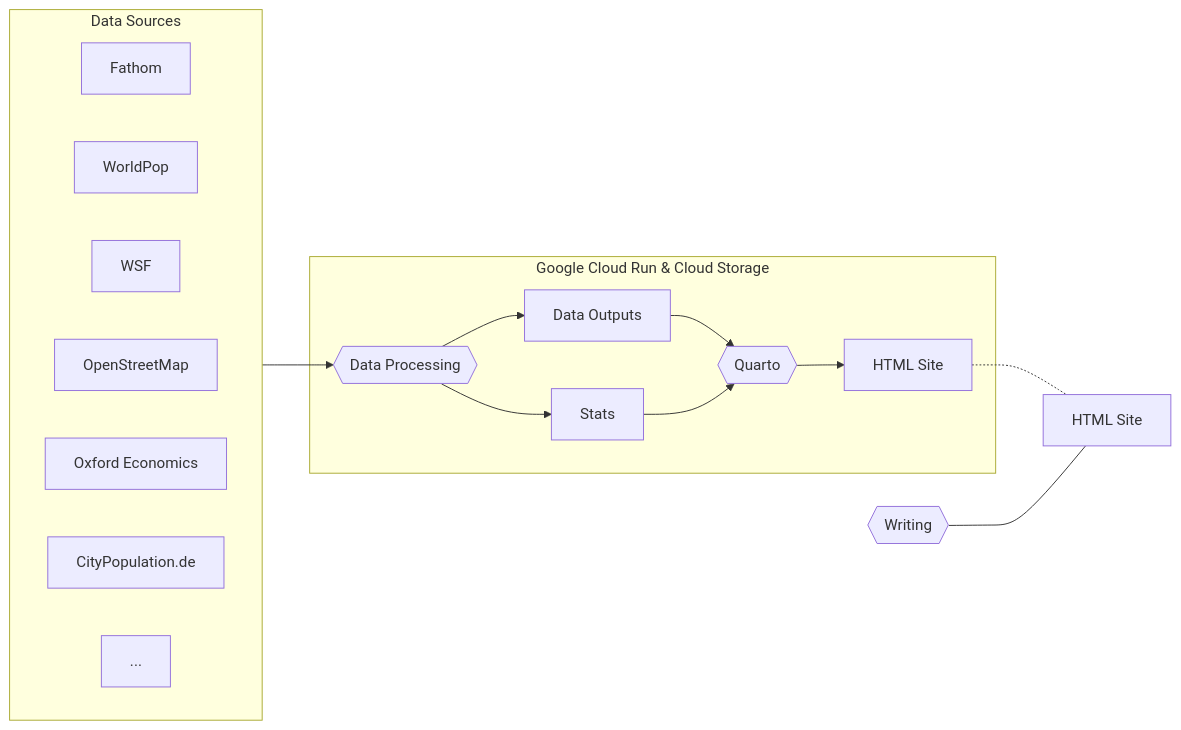
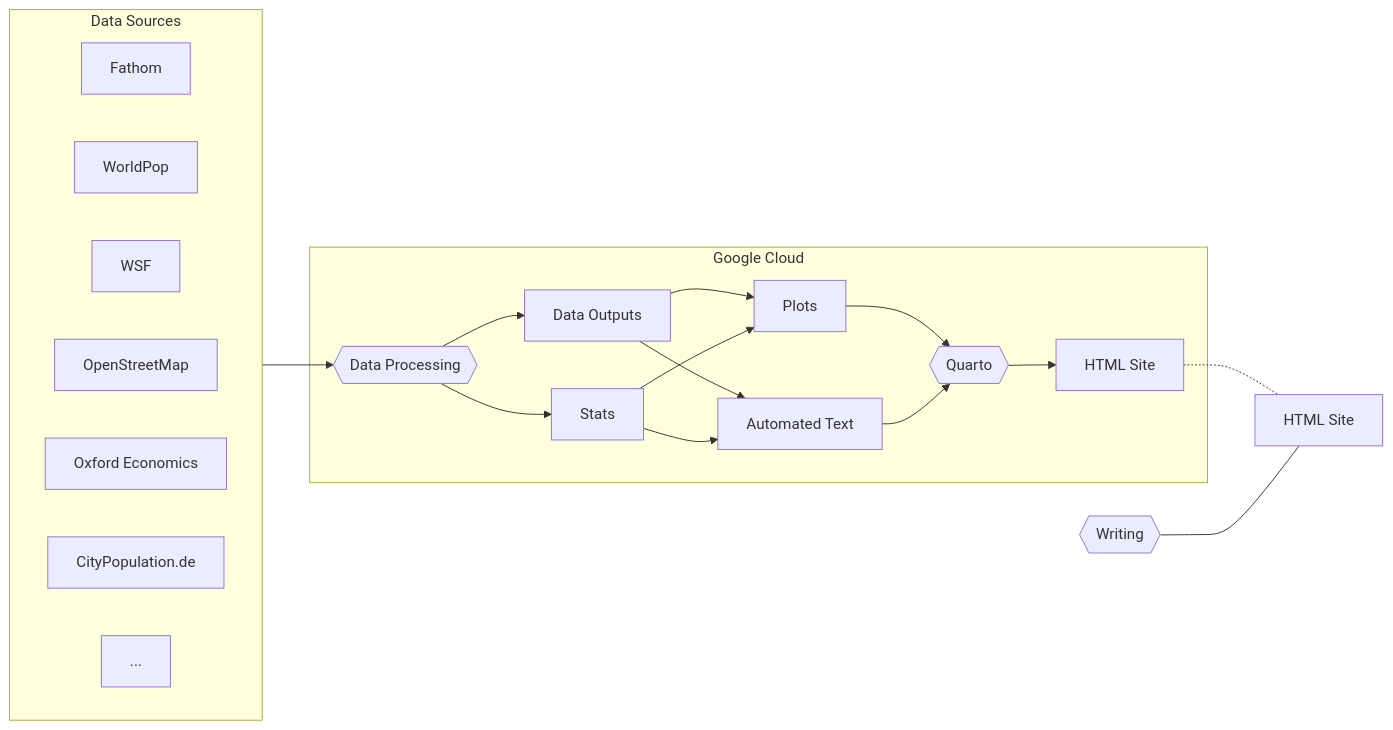
The second of 2 diagrams in README.md (rosemaryturtle/city-scan-automation), drawn with Mermaid before and after one commit.

````diff
--- a/README.md
+++ b/README.md
@@ -98,24 +98,28 @@
 ```mermaid
 flowchart LR
 	subgraph data[Data Sources]
 		direction LR
 		Fathom
 		WorldPop
 		WSF
 		osm[OpenStreetMap]
 		ox[Oxford Economics]
 		citypop[CityPopulation.de]
 		other[...]
 	end
 	data --> rastering
-	subgraph gcce[Google Cloud Run & Cloud Storage]
+	subgraph gcce[Google Cloud]
 		rastering{{Data Processing}}
 		rastering --> data_outputs[Data Outputs]
 		rastering --> Stats
-		data_outputs --> quarto{{Quarto}}
-		Stats --> quarto
+		data_outputs --> Plots
+		Stats --> Plots
+		data_outputs --> auto_text[Automated Text]
+		Stats --> auto_text
+		Plots --> quarto{{Quarto}}
+		auto_text --> quarto
 		quarto --> html_internal[HTML Site]
 	end
 	html_internal[HTML Site] -.- html_external[HTML Site]
 	writing{{Writing}} --- html_external[HTML Site]
 ```
````
